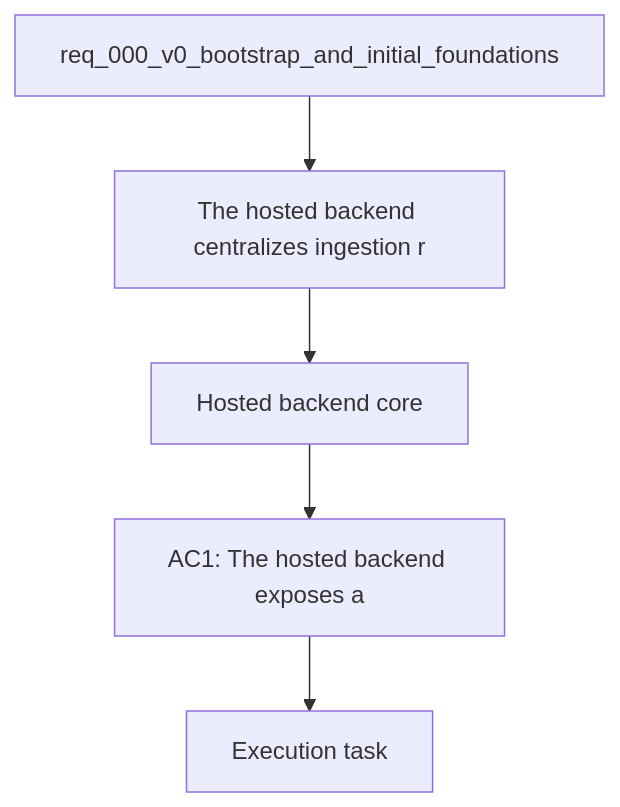
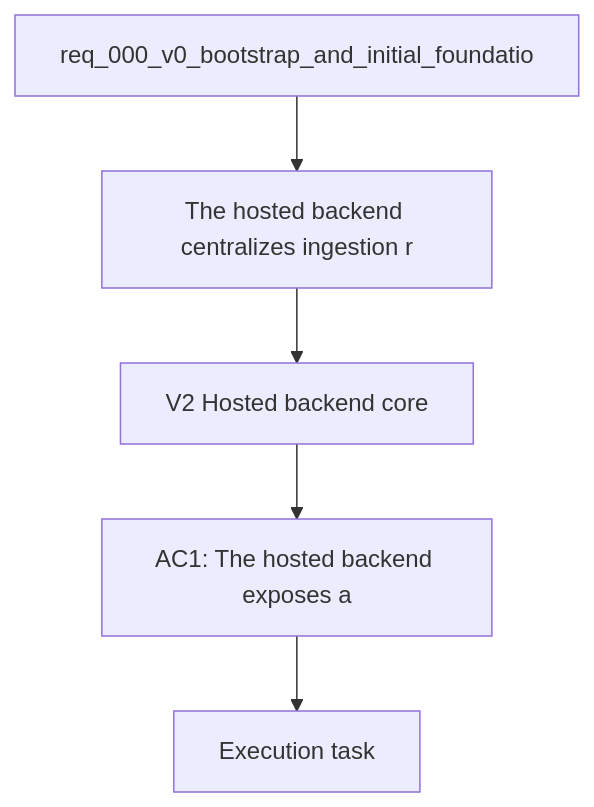
Before and after one commit to AlexAgo83/deepvault: the diagram in logics/backlog/item_011_v2_hosted_backend_core.md, drawn with Mermaid. The commit also changed 28 other files, not shown here.

````diff
--- a/logics/backlog/item_011_v2_hosted_backend_core.md
+++ b/logics/backlog/item_011_v2_hosted_backend_core.md
@@ -21,9 +21,9 @@
 ```mermaid
 %% logics-kind: backlog
 %% logics-signature: backlog|v2-hosted-backend-core|req-000-v0-bootstrap-and-initial-foundat|the-hosted-backend-centralizes-ingestion|ac1-the-hosted-backend-exposes-a
 flowchart TD
-    Request[req_000_v0_bootstrap_and_initial_foundations] --> Problem[The hosted backend centralizes ingestion r]
-    Problem --> Scope[Hosted backend core]
+    Request[req_000_v0_bootstrap_and_initial_foundatio] --> Problem[The hosted backend centralizes ingestion r]
+    Problem --> Scope[V2 Hosted backend core]
     Scope --> Acceptance[AC1: The hosted backend exposes a]
     Acceptance --> Tasks[Execution task]
 ```
````
